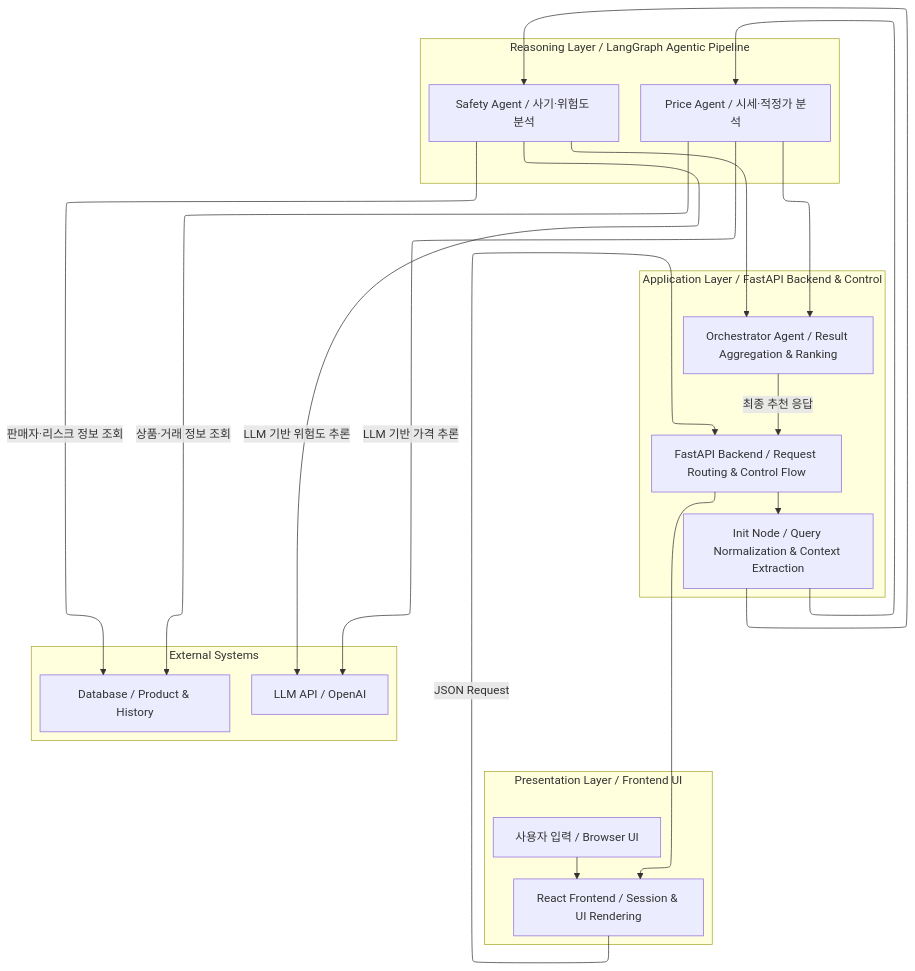
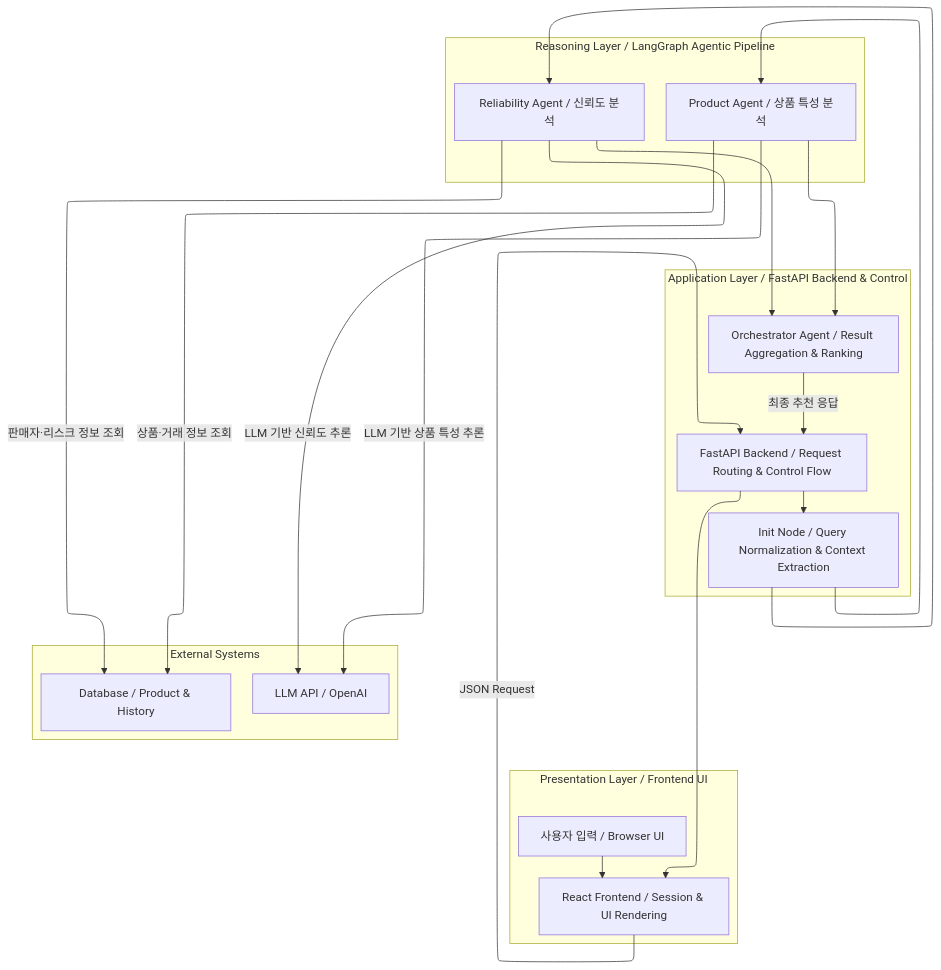
The diagram in System Overview.mmd (leeeeese/ReCo), drawn with Mermaid before and after one commit. The commit also changed 8 other files, not shown here.

Commit message:
agent node 변경에 따른 구조 개선

```diff
--- a/System Overview.mmd
+++ b/System Overview.mmd
@@ -1,34 +1,34 @@
 ---
 config:
   theme: default
   layout: elk
 ---
 flowchart TB
  subgraph PresentationLayer["Presentation Layer / Frontend UI"]
         user["사용자 입력 / Browser UI"]
         reactUI["React Frontend / Session & UI Rendering"]
   end
  subgraph ApplicationLayer["Application Layer / FastAPI Backend & Control"]
         fastapi["FastAPI Backend / Request Routing & Control Flow"]
         initNode["Init Node / Query Normalization & Context Extraction"]
         orchestrator["Orchestrator Agent / Result Aggregation & Ranking"]
   end
  subgraph ReasoningLayer["Reasoning Layer / LangGraph Agentic Pipeline"]
-        price["Price Agent / 시세·적정가 분석"]
-        safety["Safety Agent / 사기·위험도 분석"]
+        product["Product Agent / 상품 특성 분석"]
+        reliability["Reliability Agent / 신뢰도 분석"]
   end
  subgraph External["External Systems"]
         db["Database / Product & History"]
         llm["LLM API / OpenAI"]
   end
     user --> reactUI
     reactUI -- JSON Request --> fastapi
     fastapi --> initNode & reactUI
-    initNode --> price & safety
-    price -- 상품·거래 정보 조회 --> db
-    safety -- 판매자·리스크 정보 조회 --> db
-    price -- LLM 기반 가격 추론 --> llm
-    safety -- LLM 기반 위험도 추론 --> llm
-    price --> orchestrator
-    safety --> orchestrator
+    initNode --> product & reliability
+    product -- 상품·거래 정보 조회 --> db
+    reliability -- 판매자·리스크 정보 조회 --> db
+    product -- LLM 기반 상품 특성 추론 --> llm
+    reliability -- LLM 기반 신뢰도 추론 --> llm
+    product --> orchestrator
+    reliability --> orchestrator
     orchestrator -- 최종 추천 응답 --> fastapi
```
